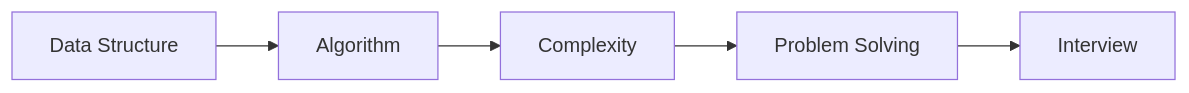
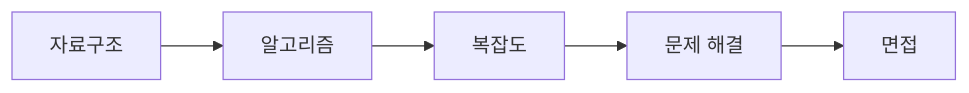
Before and after one commit to yeongseon-books/book-content: the diagram in content/computer-science-major-101/ko/03-data-structures-and-algorithms.md, drawn with Mermaid. The commit also changed other lines of this file and 8 other files, not shown here.

````diff
--- a/content/computer-science-major-101/ko/03-data-structures-and-algorithms.md
+++ b/content/computer-science-major-101/ko/03-data-structures-and-algorithms.md
@@ -33,7 +55,7 @@
 ```mermaid
 flowchart LR
-    D[Data Structure] --> A[Algorithm]
-    A --> C[Complexity]
-    C --> P[Problem Solving]
-    P --> I[Interview]
+    D[자료구조] --> A[알고리즘]
+    A --> C[복잡도]
+    C --> P[문제 해결]
+    P --> I[면접]
 ```
````
